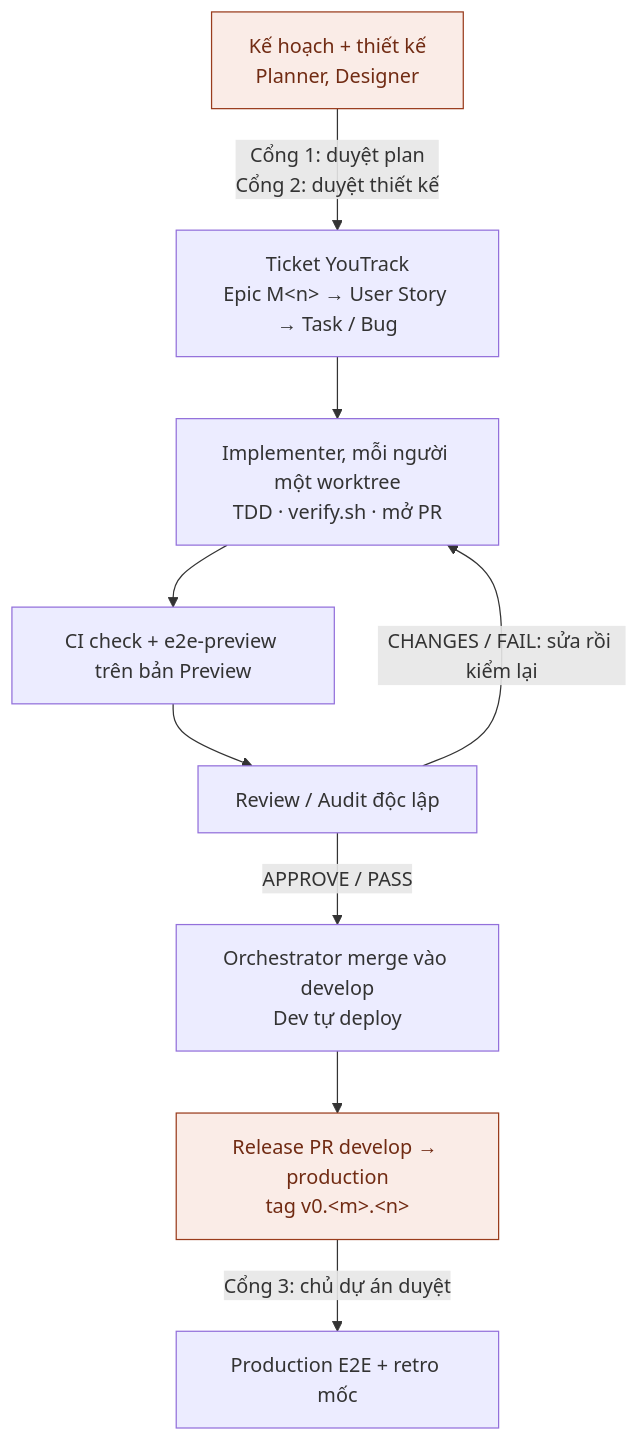
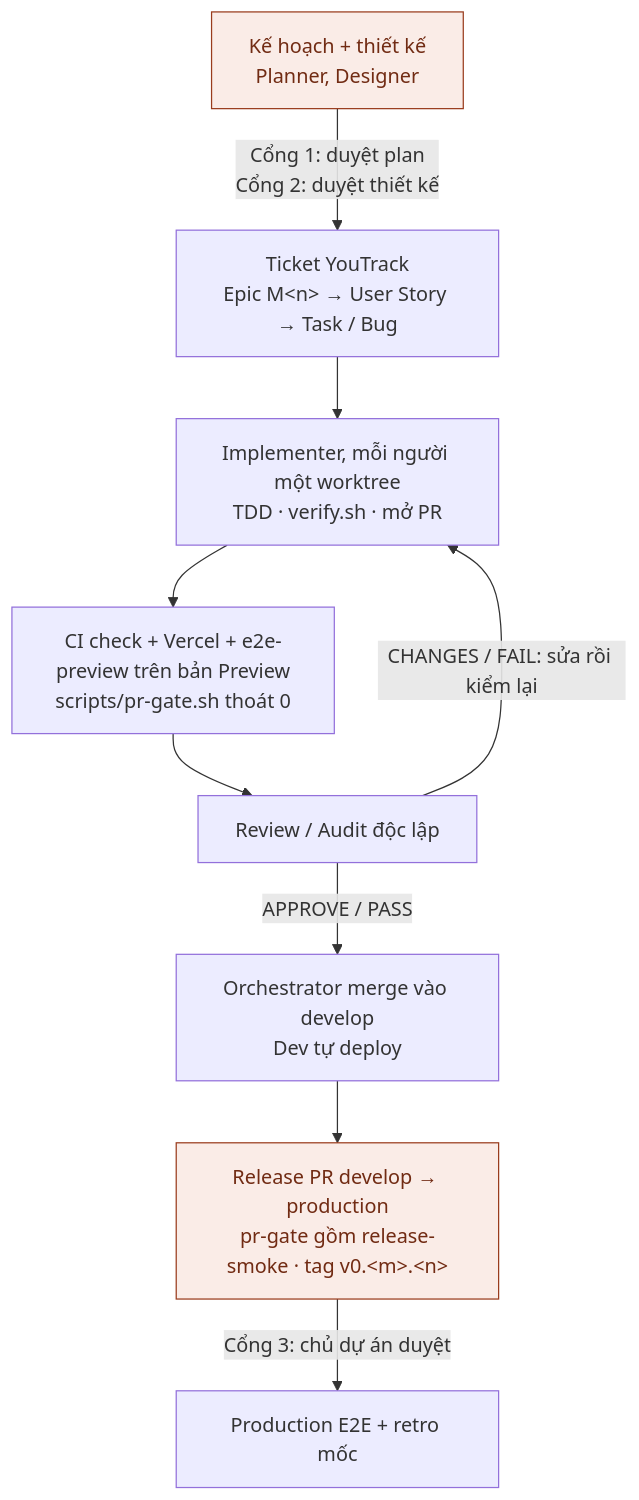
Before and after one commit to chinhpham208/next-store: the second of 2 diagrams in docs/overview.md, drawn with Mermaid. The commit also changed other lines of this file and 18 other files, not shown here.

First line of the commit message:
NS-111 cổng merge, dọn nhánh Neon tự động, smoke trên Dev trước release (#90)

````diff
--- a/docs/overview.md
+++ b/docs/overview.md
@@ -52,16 +54,16 @@
 ```mermaid
 flowchart TD
   G12["Kế hoạch + thiết kế<br/>Planner, Designer"]:::gate
   T["Ticket YouTrack<br/>Epic M&lt;n&gt; → User Story → Task / Bug"]
   I["Implementer, mỗi người một worktree<br/>TDD · verify.sh · mở PR"]
-  C["CI check + e2e-preview trên bản Preview"]
+  C["CI check + Vercel + e2e-preview trên bản Preview<br/>scripts/pr-gate.sh thoát 0"]
   R["Review / Audit độc lập"]
   M["Orchestrator merge vào develop<br/>Dev tự deploy"]
-  REL["Release PR develop → production<br/>tag v0.&lt;m&gt;.&lt;n&gt;"]:::gate
+  REL["Release PR develop → production<br/>pr-gate gồm release-smoke · tag v0.&lt;m&gt;.&lt;n&gt;"]:::gate
   PE["Production E2E + retro mốc"]
   G12 -->|"Cổng 1: duyệt plan<br/>Cổng 2: duyệt thiết kế"| T --> I --> C --> R
   R -->|"CHANGES / FAIL: sửa rồi kiểm lại"| I
   R -->|"APPROVE / PASS"| M --> REL
   REL -->|"Cổng 3: chủ dự án duyệt"| PE
   classDef gate fill:#FAECE7,stroke:#993C1D,color:#712B13
 ```
````
